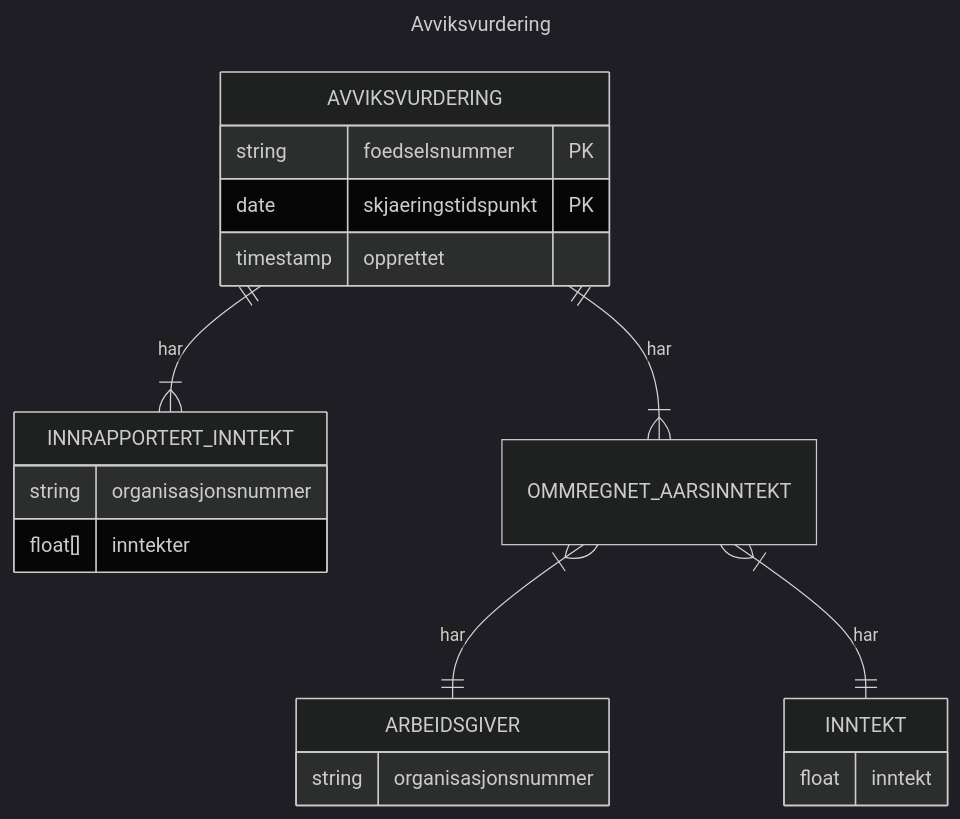
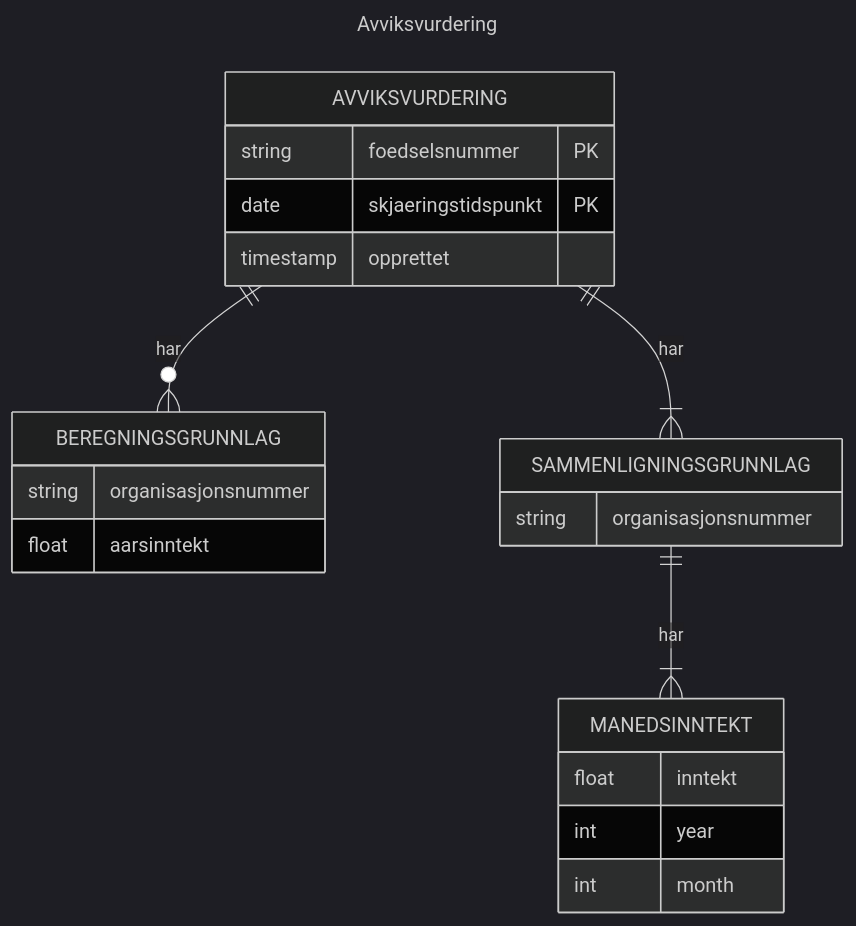
One commit to navikt/helse-spinnvill changed the second of 2 diagrams in README.md. Above: the diagram before and after it, drawn with Mermaid (dark theme). The commit also changed 9 other files, not shown here.

````diff
--- a/README.md
+++ b/README.md
@@ -49,29 +49,30 @@
 ```mermaid
 ---
 title: Avviksvurdering
 ---
 erDiagram
-    AVVIKSVURDERING ||--|{ INNRAPPORTERT_INNTEKT: har
-    AVVIKSVURDERING ||--|{ OMMREGNET_AARSINNTEKT: har
-    OMMREGNET_AARSINNTEKT }|--|| ARBEIDSGIVER: har
-    OMMREGNET_AARSINNTEKT }|--|| INNTEKT: har
-    
+    AVVIKSVURDERING ||--o{ BEREGNINGSGRUNNLAG: har
+    AVVIKSVURDERING ||--|{ SAMMENLIGNINGSGRUNNLAG: har
+    SAMMENLIGNINGSGRUNNLAG ||--|{ MANEDSINNTEKT: har
+  
     AVVIKSVURDERING {
-        string foedselsnummer PK
-        date skjaeringstidspunkt PK
-        timestamp opprettet
+      string foedselsnummer PK
+      date skjaeringstidspunkt PK
+      timestamp opprettet
+    }
+
+    SAMMENLIGNINGSGRUNNLAG {
+      string organisasjonsnummer
     }
     
-    ARBEIDSGIVER {
-        string organisasjonsnummer
+    MANEDSINNTEKT {
+        float inntekt
+        int year
+        int month
     }
-
-    INNTEKT {
-        float inntekt
-    }
-
-    INNRAPPORTERT_INNTEKT {
-        string organisasjonsnummer
-        float[] inntekter
+  
+    BEREGNINGSGRUNNLAG {
+      string organisasjonsnummer
+      float aarsinntekt
     }
 ```
````
